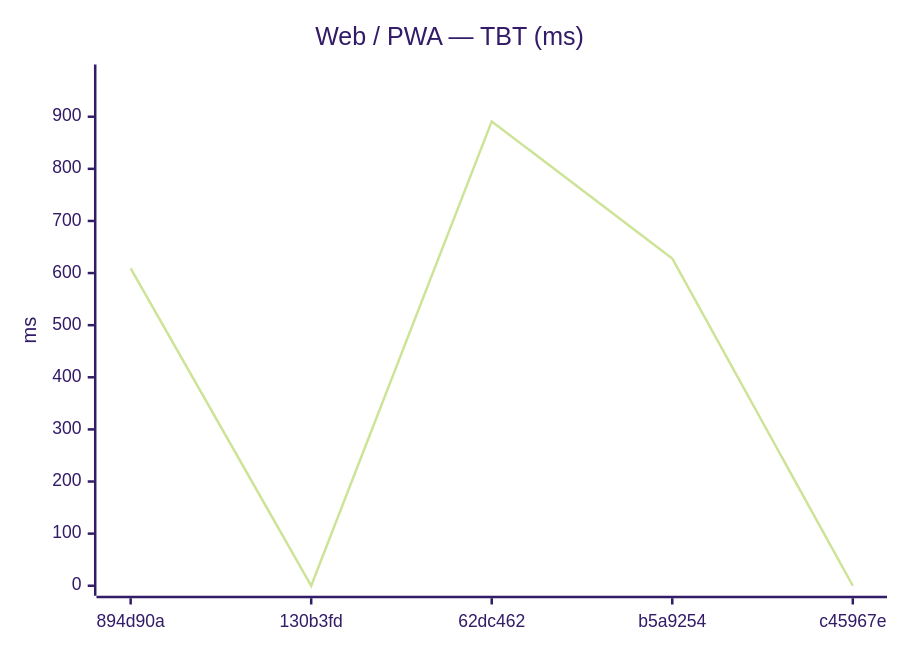
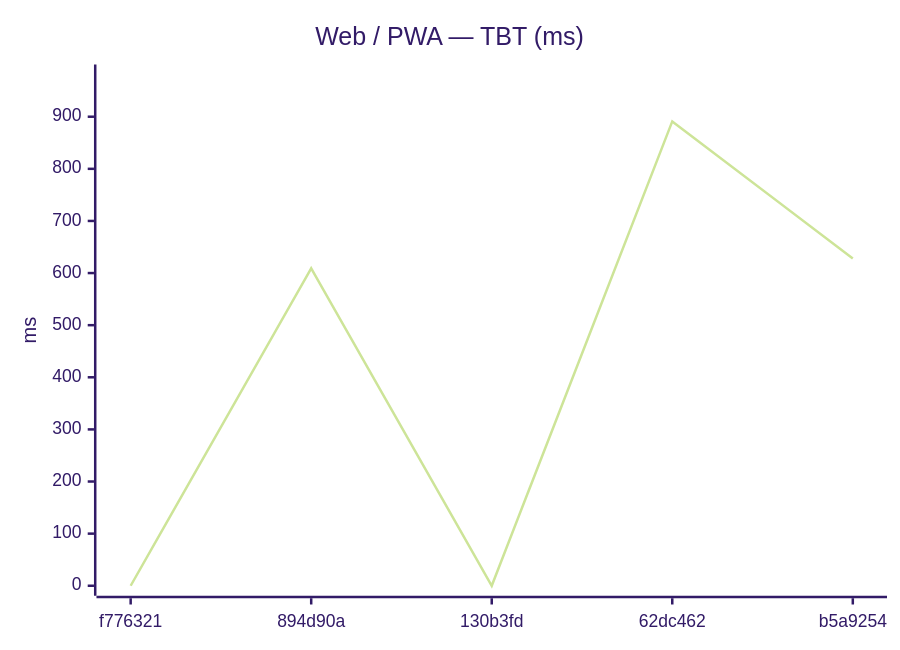
The eighth of 18 diagrams in benchmarks/compare.md (Metaheurist/Rianell), drawn with Mermaid (forest theme) before and after one commit. The commit also changed other lines of this file and 11 other files, not shown here.

````diff
--- a/benchmarks/compare.md
+++ b/benchmarks/compare.md
@@ -124,7 +124,7 @@
 ```mermaid
 xychart-beta
     title "Web / PWA — TBT (ms)"
-    x-axis ["894d90a", "130b3fd", "62dc462", "b5a9254", "c45967e"]
+    x-axis ["f776321", "894d90a", "130b3fd", "62dc462", "b5a9254"]
     y-axis "ms" 0 --> 981
-    line [609, 0, 891, 628, 0]
+    line [0, 609, 0, 891, 628]
 ```
````
